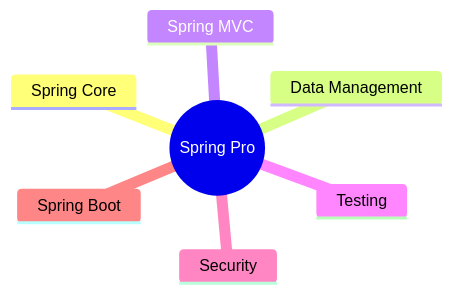
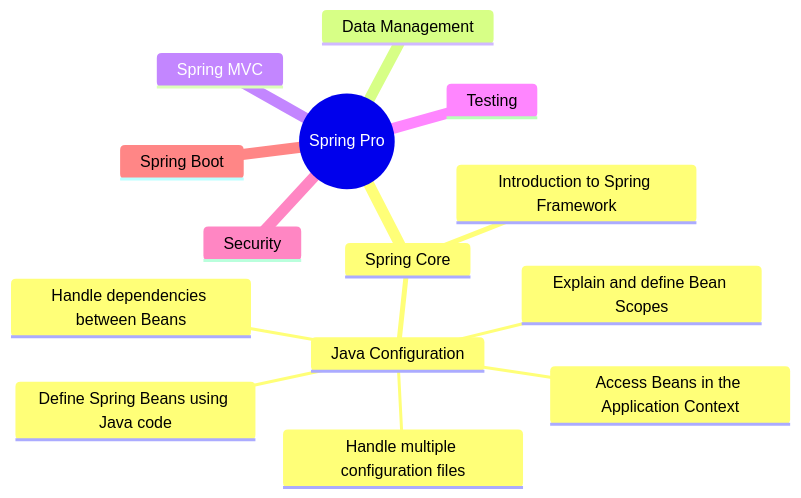
Before and after one commit to jrsmth/spring: the diagram in content/spring-certified-pro/00-master/README.md, drawn with Mermaid.

Commit message:
[SCP-0] Revision set-up

````diff
--- a/content/spring-certified-pro/00-master/README.md
+++ b/content/spring-certified-pro/00-master/README.md
@@ -7,10 +7,17 @@
 ```mermaid
 mindmap
   root((Spring Pro))
     Spring Core
+      Introduction to Spring Framework
+      Java Configuration
+        Define Spring Beans using Java code
+        Access Beans in the Application Context
+        Handle multiple configuration files
+        Handle dependencies between Beans
+        Explain and define Bean Scopes
     Data Management
     Spring MVC
     Testing
     Security
     Spring Boot
 ```
````
